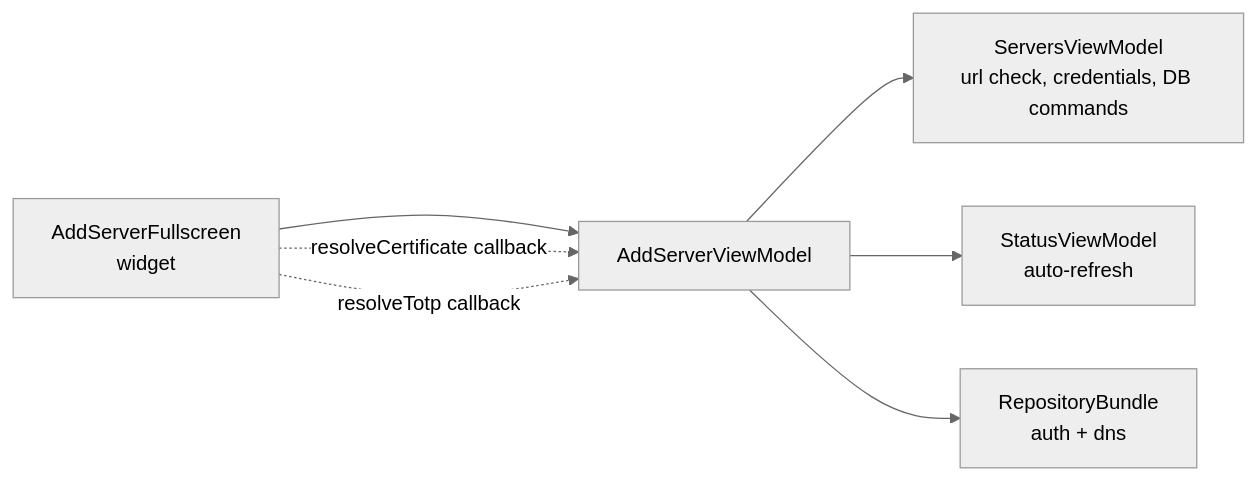
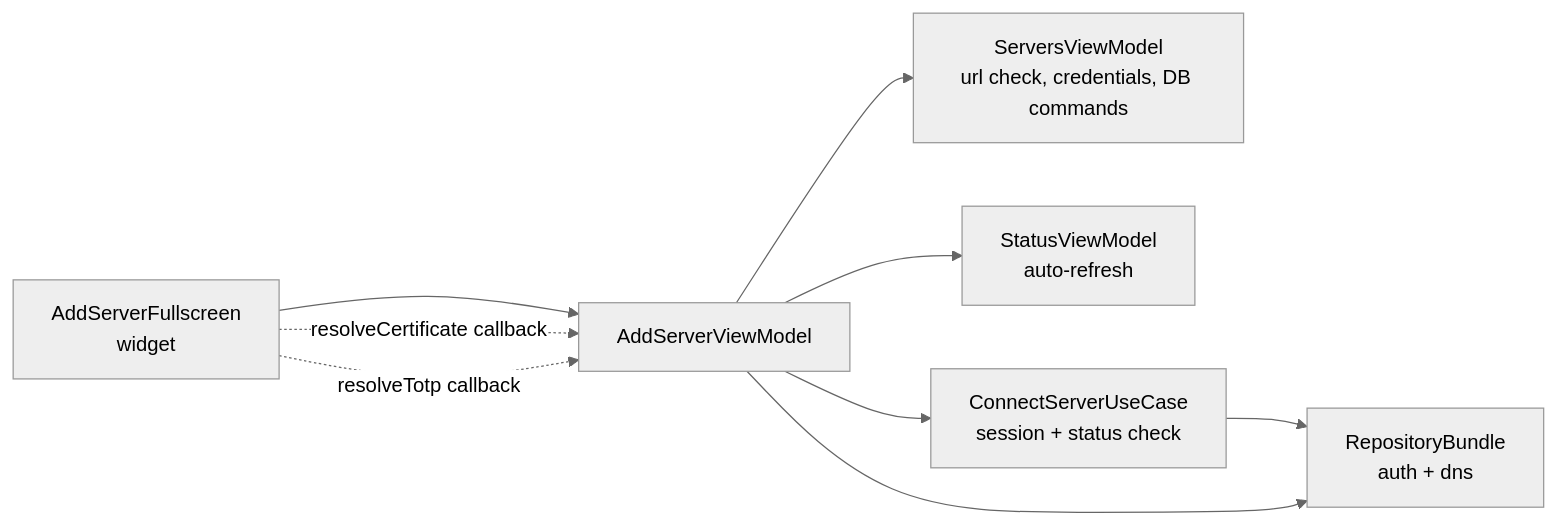
The first of 8 diagrams in docs/server-connection-flow.md (tsutsu3/pi-hole-client), drawn with Mermaid (neutral theme) before and after one commit. The commit also changed other lines of this file and 23 other files, not shown here.

````diff
--- a/docs/server-connection-flow.md
+++ b/docs/server-connection-flow.md
@@ -21,9 +24,11 @@
 ```mermaid
 flowchart LR
   W[AddServerFullscreen<br/>widget] --> VM[AddServerViewModel]
   VM --> SV[ServersViewModel<br/>url check, credentials, DB commands]
   VM --> ST[StatusViewModel<br/>auto-refresh]
-  VM --> B[RepositoryBundle<br/>auth + dns]
+  VM --> UC[ConnectServerUseCase<br/>session + status check]
+  UC --> B[RepositoryBundle<br/>auth + dns]
+  VM --> B
   W -. resolveCertificate callback .-> VM
   W -. resolveTotp callback .-> VM
 ```
````
